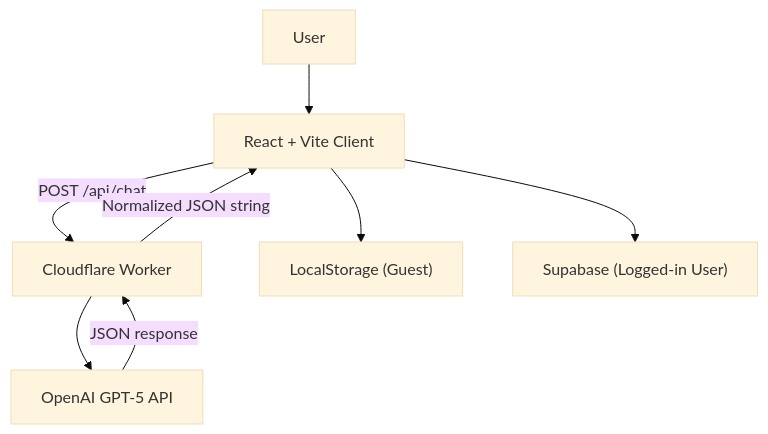
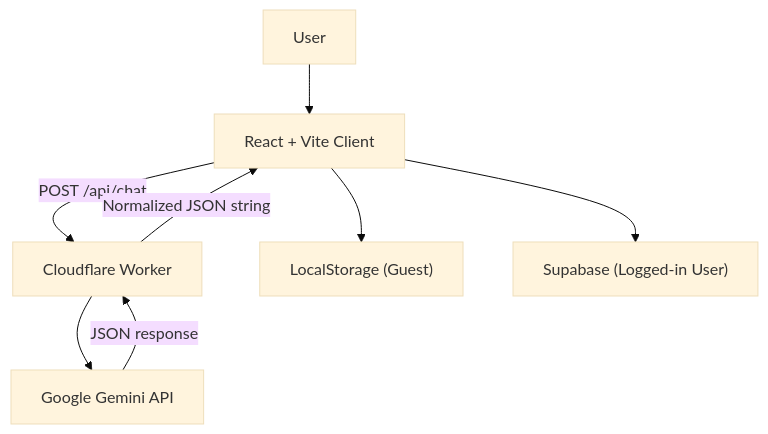
One commit to jeonsavvy/V-MATE-PLATFORM changed the diagram in README.md. Above: the diagram before and after it, drawn with Mermaid (base theme). The commit also changed other lines of this file and 4 other files, not shown here.

````diff
--- a/README.md
+++ b/README.md
@@ -9,11 +9,11 @@
 ```mermaid
 graph TD
     U["User"] --> A["React + Vite Client"]
     A -->|"POST /api/chat"| B["Cloudflare Worker"]
-    B --> C["OpenAI GPT-5 API"]
+    B --> C["Google Gemini API"]
     C -->|"JSON response"| B
     B -->|"Normalized JSON string"| A
 
     A --> D["LocalStorage (Guest)"]
     A --> E["Supabase (Logged-in User)"]
 ```
````
